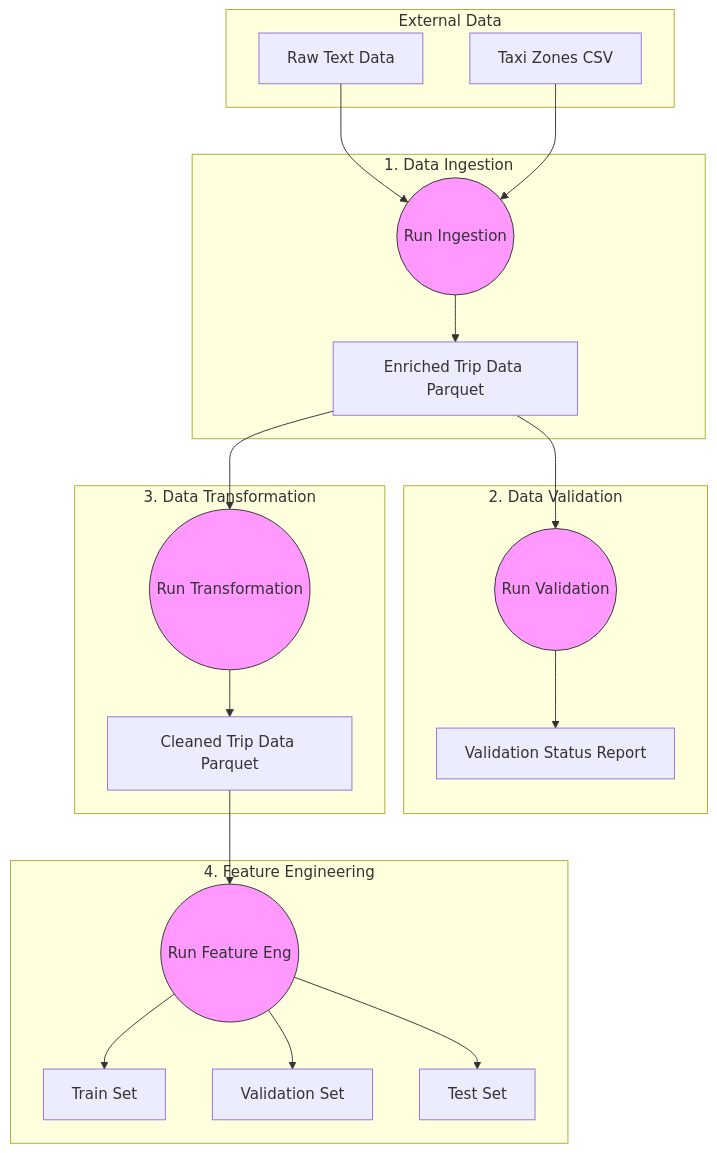
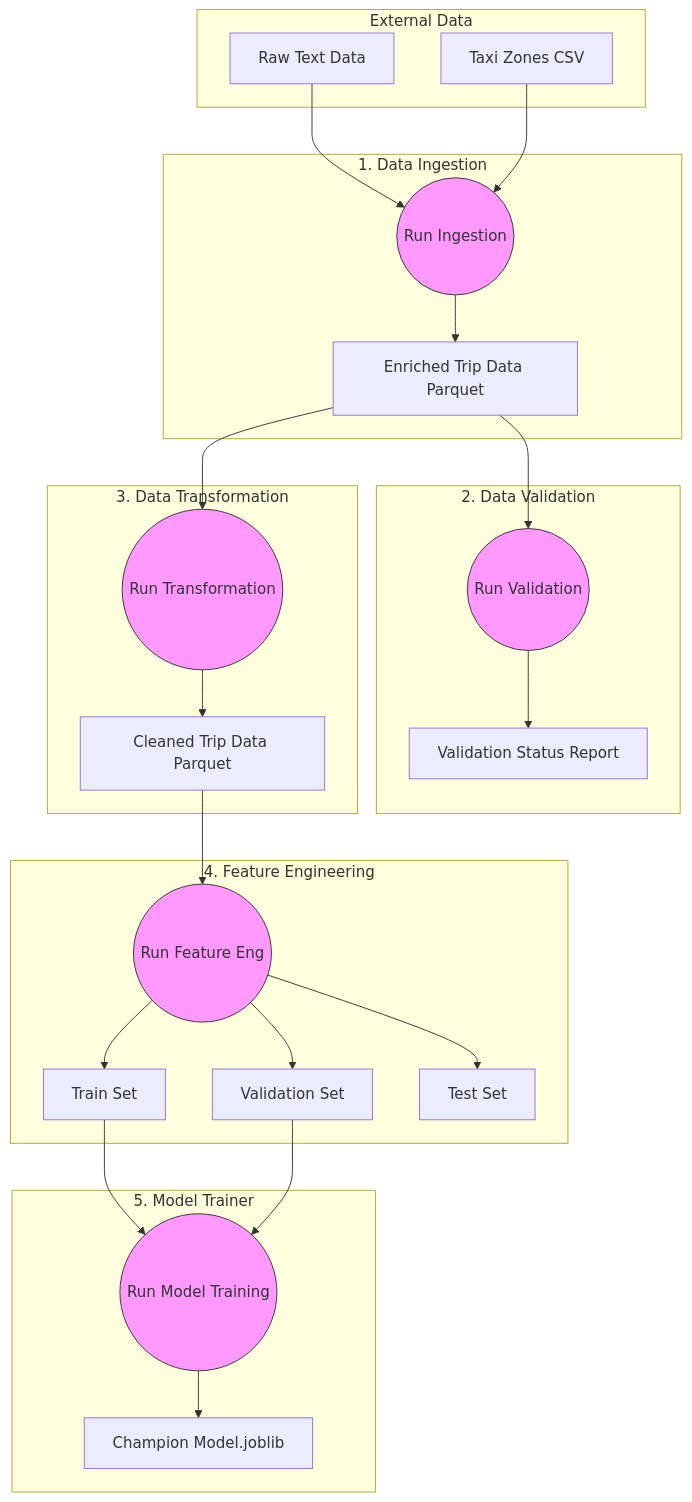
One commit to SebastianGarrido2790/nyc-taxi-tips-prediction changed the diagram in reports/docs/dvc_pipeline_architecture.md. Above: the diagram before and after it, drawn with Mermaid. The commit also changed other lines of this file and 17 other files, not shown here.

````diff
--- a/reports/docs/dvc_pipeline_architecture.md
+++ b/reports/docs/dvc_pipeline_architecture.md
@@ -13,34 +13,40 @@
 ```mermaid
 flowchart TD
     subgraph Raw_Data [External Data]
         A[Raw Text Data]
         B[Taxi Zones CSV]
     end
 
     subgraph Stage_01 [1. Data Ingestion]
         A & B --> C((Run Ingestion))
         C --> D[Enriched Trip Data Parquet]
     end
 
     subgraph Stage_02 [2. Data Validation]
         D --> E((Run Validation))
         E --> F[Validation Status Report]
     end
 
     subgraph Stage_03 [3. Data Transformation]
         D --> G((Run Transformation))
         G --> H[Cleaned Trip Data Parquet]
     end
 
     subgraph Stage_04 [4. Feature Engineering]
         H --> I((Run Feature Eng))
         I --> J[Train Set]
         I --> K[Validation Set]
         I --> L[Test Set]
     end
 
+    subgraph Stage_05 [5. Model Trainer]
+        J & K --> M((Run Model Training))
+        M --> N[Champion Model.joblib]
+    end
+
     style C fill:#f9f,stroke:#333
     style E fill:#f9f,stroke:#333
     style G fill:#f9f,stroke:#333
     style I fill:#f9f,stroke:#333
+    style M fill:#f9f,stroke:#333
 ```
````
